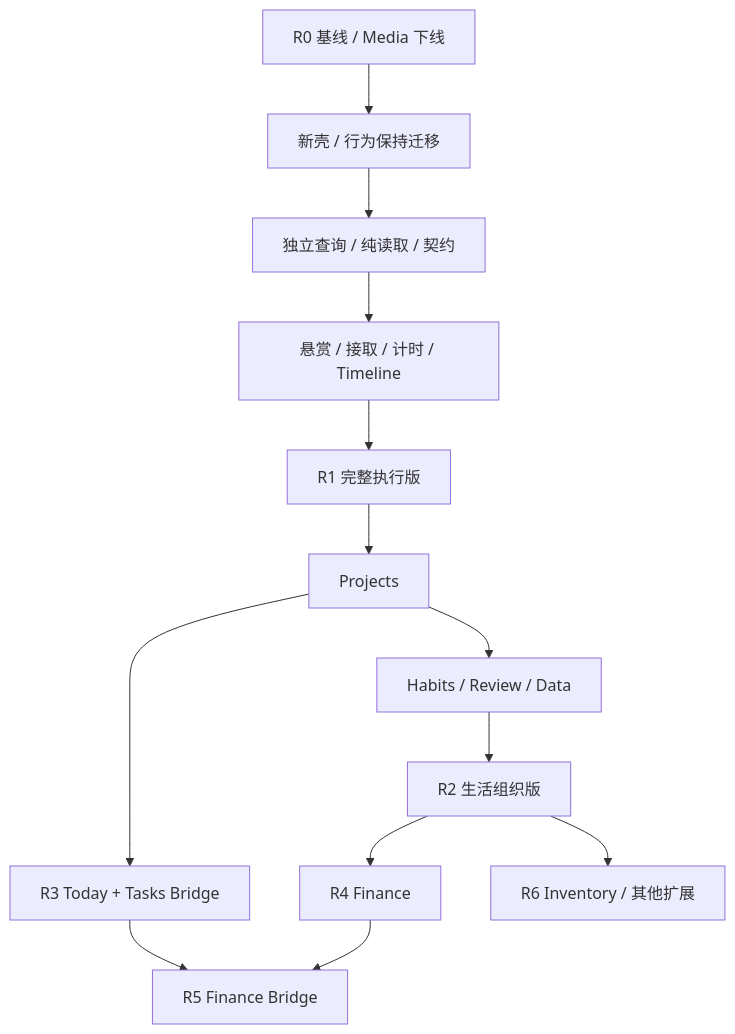
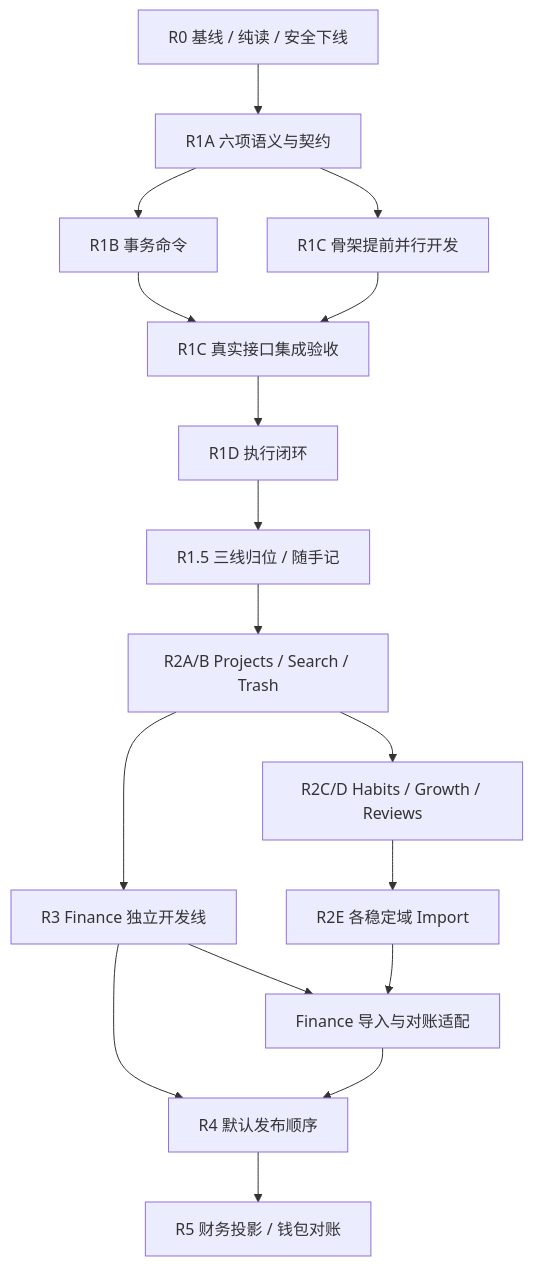
Before and after one commit to calicoAo/workbench: the diagram in docs/DEVELOPMENT_PLAN_VNEXT.md, drawn with Mermaid. The commit also changed other lines of this file and 48 other files, not shown here.

````diff
--- a/docs/DEVELOPMENT_PLAN_VNEXT.md
+++ b/docs/DEVELOPMENT_PLAN_VNEXT.md
@@ -28,15 +72,19 @@
 ```mermaid
 flowchart TD
-    R0[R0 基线 / Media 下线] --> Shell[新壳 / 行为保持迁移]
-    Shell --> Read[独立查询 / 纯读取 / 契约]
-    Read --> Execute[悬赏 / 接取 / 计时 / Timeline]
-    Execute --> R1[R1 完整执行版]
-    R1 --> Project[Projects]
-    Project --> Routine[Habits / Review / Data]
-    Routine --> R2[R2 生活组织版]
-    Project --> Bridge[R3 Today + Tasks Bridge]
-    R2 --> Finance[R4 Finance]
-    Bridge --> FBridge[R5 Finance Bridge]
-    Finance --> FBridge
-    R2 --> Ext[R6 Inventory / 其他扩展]
+    R0[R0 基线 / 纯读 / 安全下线] --> A[R1A 六项语义与契约]
+    A --> B[R1B 事务命令]
+    A --> Cdev[R1C 骨架提前并行开发]
+    B --> Cgate[R1C 真实接口集成验收]
+    Cdev --> Cgate
+    Cgate --> D[R1D 执行闭环]
+    D --> Rehome[R1.5 三线归位 / 随手记]
+    Rehome --> P[R2A/B Projects / Search / Trash]
+    P --> Growth[R2C/D Habits / Growth / Reviews]
+    P --> Finance[R3 Finance 独立开发线]
+    Growth --> Import[R2E 各稳定域 Import]
+    Finance --> FinImport[Finance 导入与对账适配]
+    Import --> FinImport
+    Finance --> Bridge[R4 默认发布顺序]
+    FinImport --> Bridge
+    Bridge --> F[R5 财务投影 / 钱包对账]
 ```
````
